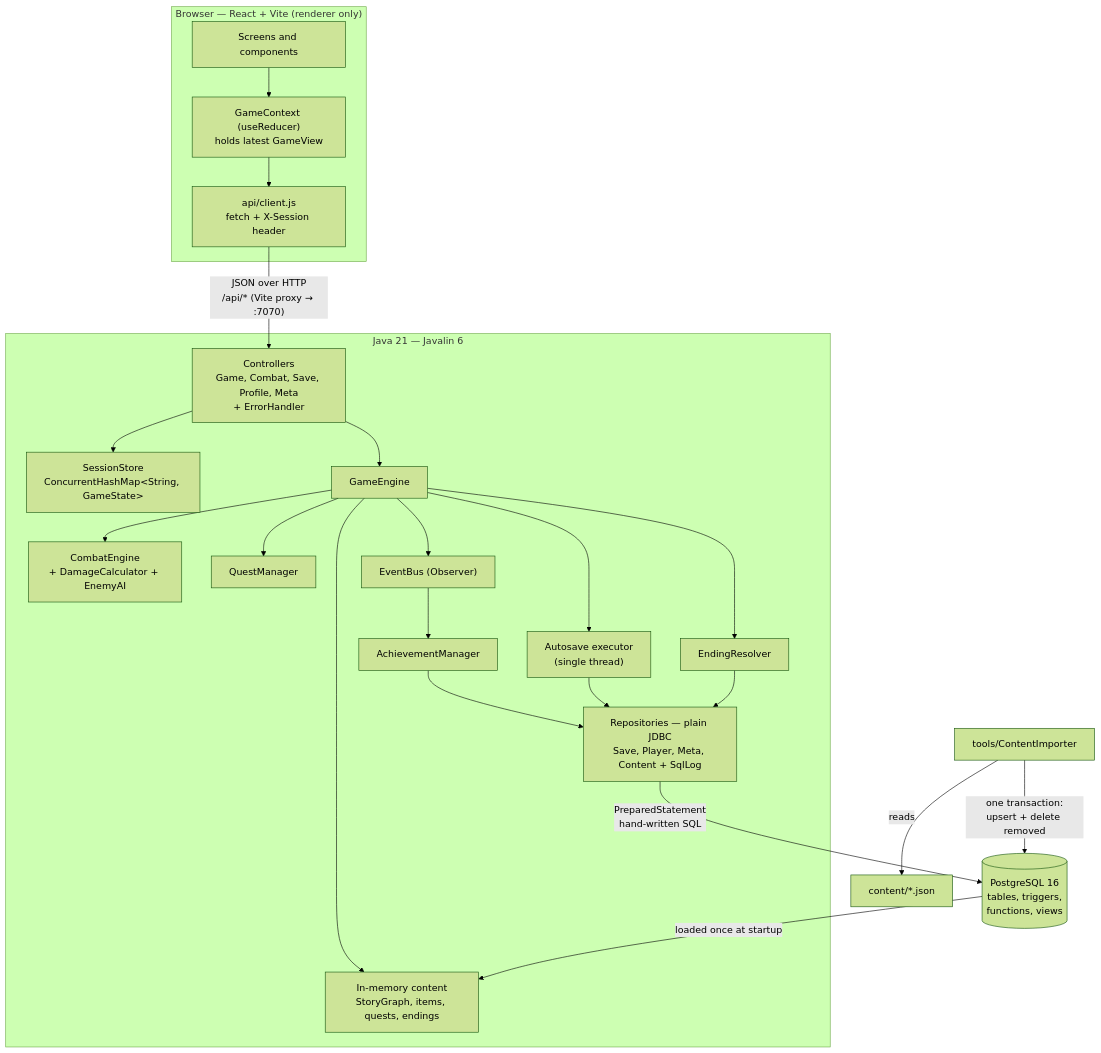
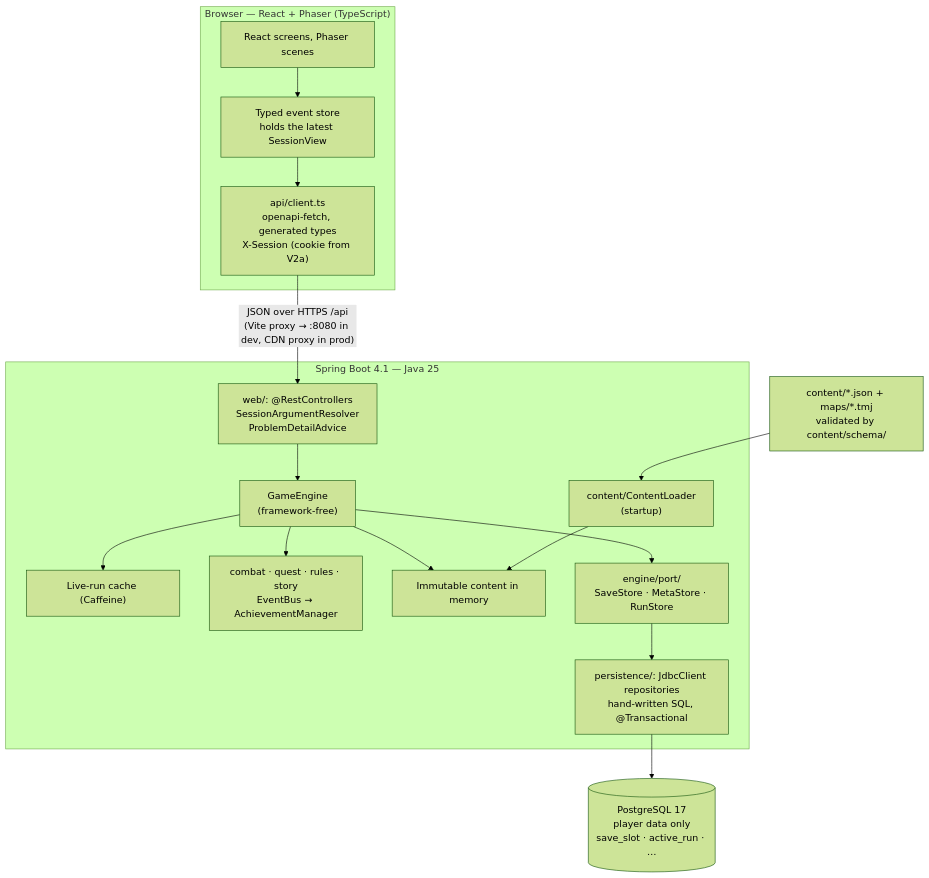
Before and after one commit to Shiven23-coder/shardbound: the first of 2 diagrams in docs/ARCHITECTURE.md, drawn with Mermaid (forest theme). The commit also changed other lines of this file and 239 other files, not shown here.

````diff
--- a/docs/ARCHITECTURE.md
+++ b/docs/ARCHITECTURE.md
@@ -10,29 +10,22 @@
 ```mermaid
 flowchart TB
-    subgraph Browser["Browser — React + Vite (renderer only)"]
-        UI["Screens and components"] --> CTX["GameContext (useReducer)\nholds latest GameView"]
-        CTX --> CLIENT["api/client.js\nfetch + X-Session header"]
+    subgraph Browser["Browser — React + Phaser (TypeScript)"]
+        UI["React screens, Phaser scenes"] --> STORE["Typed event store\nholds the latest SessionView"]
+        STORE --> CLIENT["api/client.ts\nopenapi-fetch, generated types\nX-Session (cookie from V2a)"]
     end
 
-    CLIENT -- "JSON over HTTP\n/api/* (Vite proxy → :7070)" --> CTRL
+    CLIENT -- "JSON over HTTPS /api\n(Vite proxy → :8080 in dev, CDN proxy in prod)" --> WEB
 
-    subgraph Server["Java 21 — Javalin 6"]
-        CTRL["Controllers\nGame, Combat, Save, Profile, Meta\n+ ErrorHandler"] --> SESS["SessionStore\nConcurrentHashMap&lt;String, GameState&gt;"]
-        CTRL --> ENG["GameEngine"]
-        ENG --> CE["CombatEngine\n+ DamageCalculator + EnemyAI"]
-        ENG --> QM["QuestManager"]
-        ENG --> ER["EndingResolver"]
-        ENG --> BUS["EventBus (Observer)"]
-        BUS --> AM["AchievementManager"]
-        ENG --> MEM["In-memory content\nStoryGraph, items, quests, endings"]
-        ENG --> AUTO["Autosave executor\n(single thread)"]
-        AM --> REPO
-        AUTO --> REPO["Repositories — plain JDBC\nSave, Player, Meta, Content + SqlLog"]
-        ER --> REPO
+    subgraph Server["Spring Boot 4.1 — Java 25"]
+        WEB["web/: @RestControllers\nSessionArgumentResolver\nProblemDetailAdvice"] --> ENG["GameEngine\n(framework-free)"]
+        ENG --> CACHE["Live-run cache (Caffeine)"]
+        ENG --> RULES["combat · quest · rules · story\nEventBus → AchievementManager"]
+        ENG --> MEM["Immutable content in memory"]
+        ENG --> PORTS["engine/port/\nSaveStore · MetaStore · RunStore"]
+        PORTS --> REPO["persistence/: JdbcClient repositories\nhand-written SQL, @Transactional"]
+        LOADER["content/ContentLoader\n(startup)"] --> MEM
     end
 
-    REPO -- "PreparedStatement\nhand-written SQL" --> DB[("PostgreSQL 16\ntables, triggers,\nfunctions, views")]
-    IMP["tools/ContentImporter"] -- "reads" --> JSON["content/*.json"]
-    IMP -- "one transaction:\nupsert + delete removed" --> DB
-    DB -- "loaded once at startup" --> MEM
+    JSON["content/*.json + maps/*.tmj\nvalidated by content/schema/"] --> LOADER
+    REPO --> DB[("PostgreSQL 17\nplayer data only\nsave_slot · active_run · …")]
 ```
````
